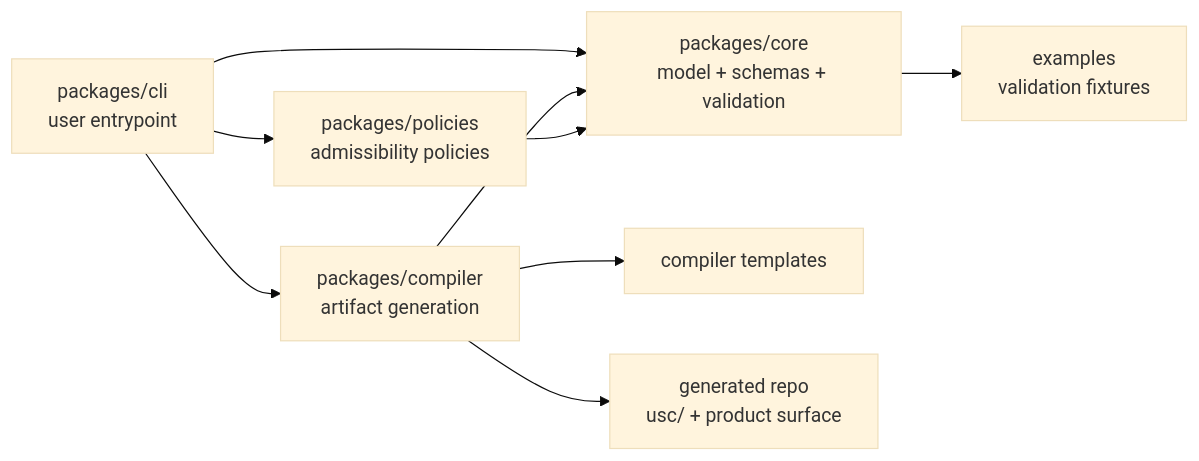
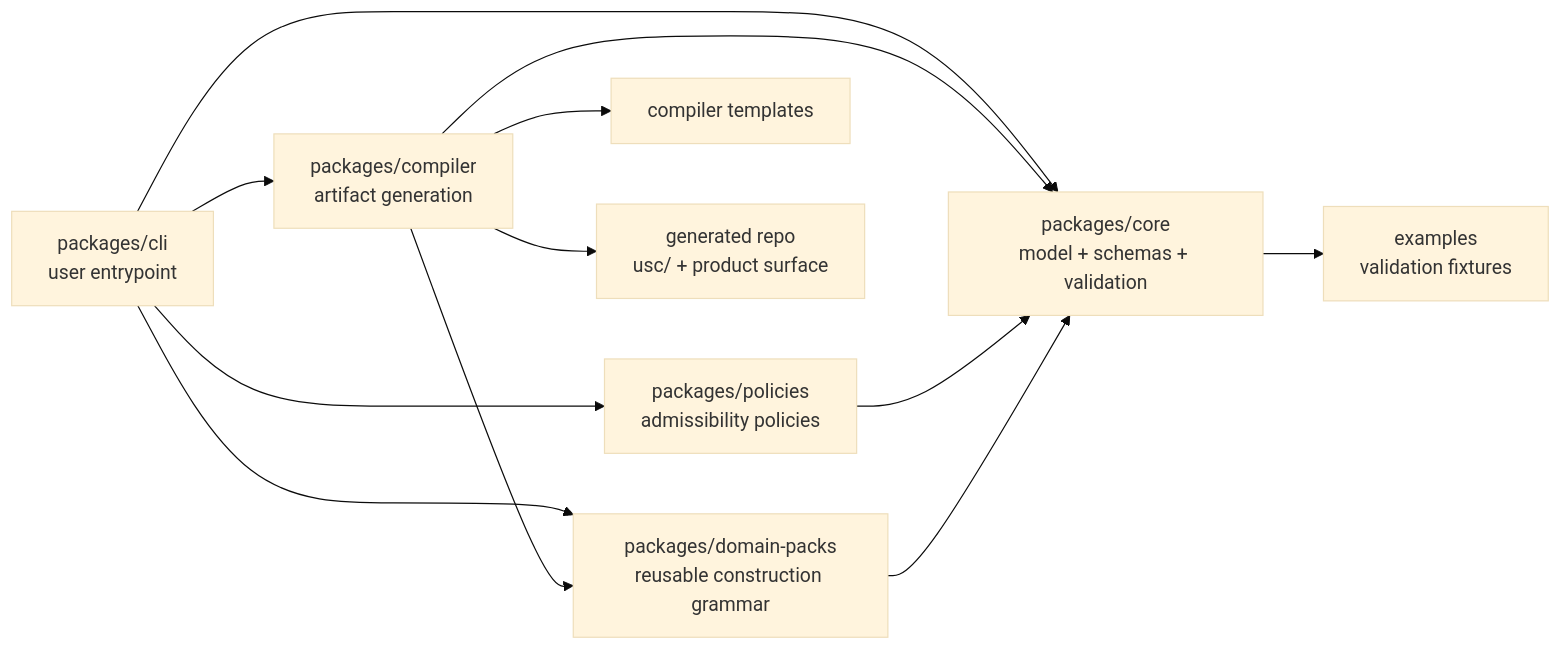
The second of 9 diagrams in docs/system.md (andrey-kokoev/narada.usc), drawn with Mermaid (base theme) before and after one commit. The commit also changed other lines of this file and 60 other files, not shown here.

First line of the commit message:
Add USC domain packs architecture (ERP, Helpdesk, and high-value packs)

````diff
--- a/docs/system.md
+++ b/docs/system.md
@@ -49,13 +57,16 @@
 ```mermaid
 flowchart LR
   CLI["packages/cli<br>user entrypoint"] --> Core["packages/core<br>model + schemas + validation"]
   CLI --> Compiler["packages/compiler<br>artifact generation"]
   CLI --> Policies["packages/policies<br>admissibility policies"]
+  CLI --> DomainPacks["packages/domain-packs<br>reusable construction grammar"]
 
   Compiler --> Templates["compiler templates"]
   Compiler --> Core
+  Compiler --> DomainPacks
   Policies --> Core
+  DomainPacks --> Core
 
   Core --> Examples["examples<br>validation fixtures"]
   Compiler --> GeneratedRepo["generated repo<br>usc/ + product surface"]
 ```
````
